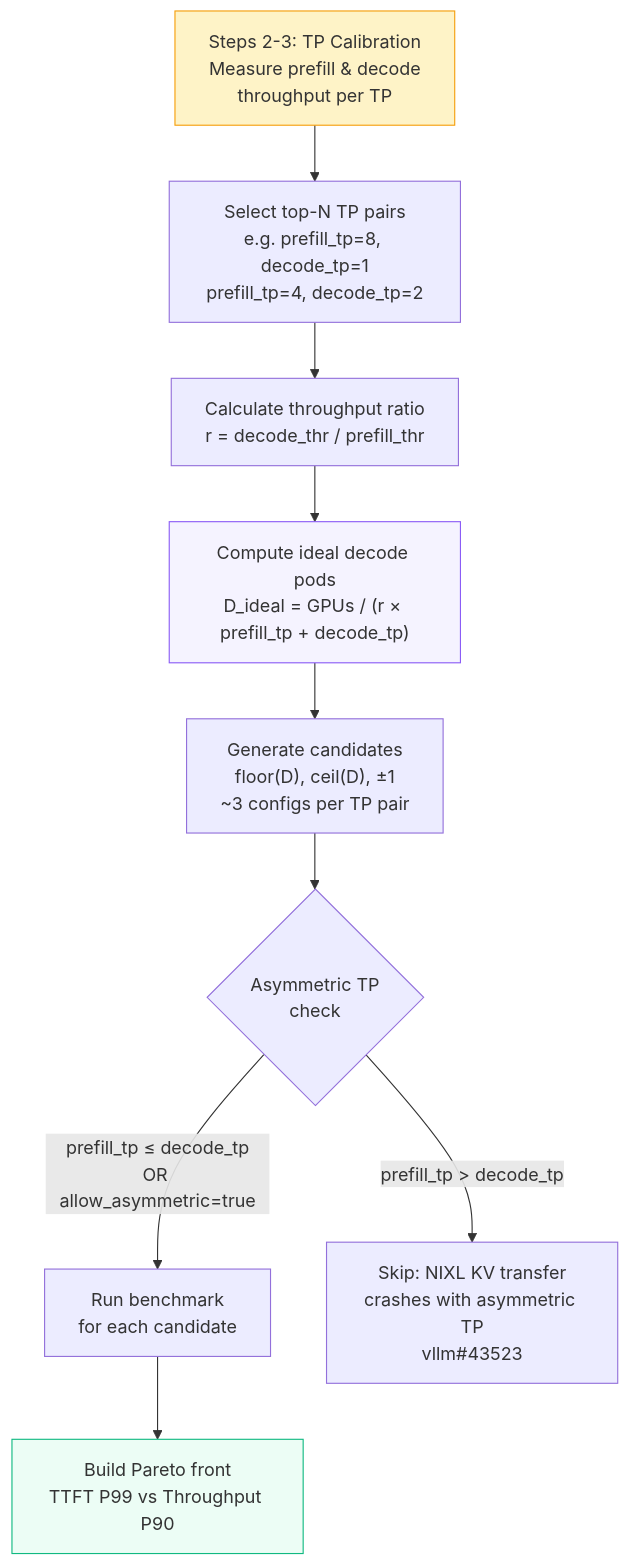
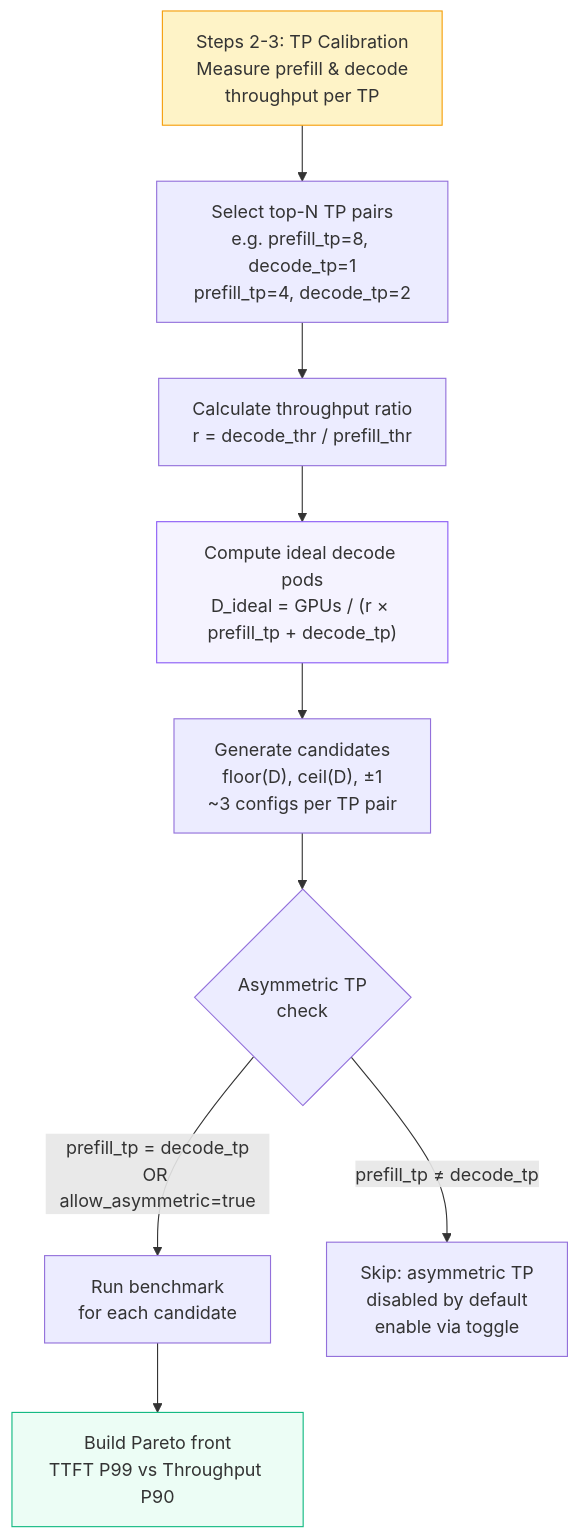
The third of 13 diagrams in docs/diagrams.md (openshift-psap/serveit-studio), drawn with Mermaid before and after one commit. The commit also changed 13 other files, not shown here.

First line of the commit message:
Wide-EP targetPorts, asymmetric TP both directions, prefill memory fix

````diff
--- a/docs/diagrams.md
+++ b/docs/diagrams.md
@@ -97,24 +97,24 @@
 ```mermaid
 flowchart TD
     CAL[Steps 2-3: TP Calibration<br>Measure prefill & decode<br>throughput per TP] --> PAIRS
 
     PAIRS[Select top-N TP pairs<br>e.g. prefill_tp=8, decode_tp=1<br>prefill_tp=4, decode_tp=2] --> RATIO
 
     RATIO[Calculate throughput ratio<br>r = decode_thr / prefill_thr] --> IDEAL
 
     IDEAL["Compute ideal decode pods<br>D_ideal = GPUs / (r × prefill_tp + decode_tp)"] --> CANDIDATES
 
     CANDIDATES["Generate candidates<br>floor(D), ceil(D), ±1<br>~3 configs per TP pair"] --> NIXL
 
     NIXL{Asymmetric TP<br>check}
-    NIXL -->|"prefill_tp ≤ decode_tp<br>OR allow_asymmetric=true"| TEST
-    NIXL -->|"prefill_tp > decode_tp"| SKIP[Skip: NIXL KV transfer<br>crashes with asymmetric TP<br>vllm#43523]
+    NIXL -->|"prefill_tp = decode_tp<br>OR allow_asymmetric=true"| TEST
+    NIXL -->|"prefill_tp ≠ decode_tp"| SKIP[Skip: asymmetric TP<br>disabled by default<br>enable via toggle]
 
     TEST[Run benchmark<br>for each candidate] --> PARETO
 
     PARETO[Build Pareto front<br>TTFT P99 vs Throughput P90]
 
     style CAL fill:#fef3c7,stroke:#f59e0b
     style IDEAL fill:#f5f3ff,stroke:#8b5cf6
     style PARETO fill:#ecfdf5,stroke:#10b981
 ```
````
